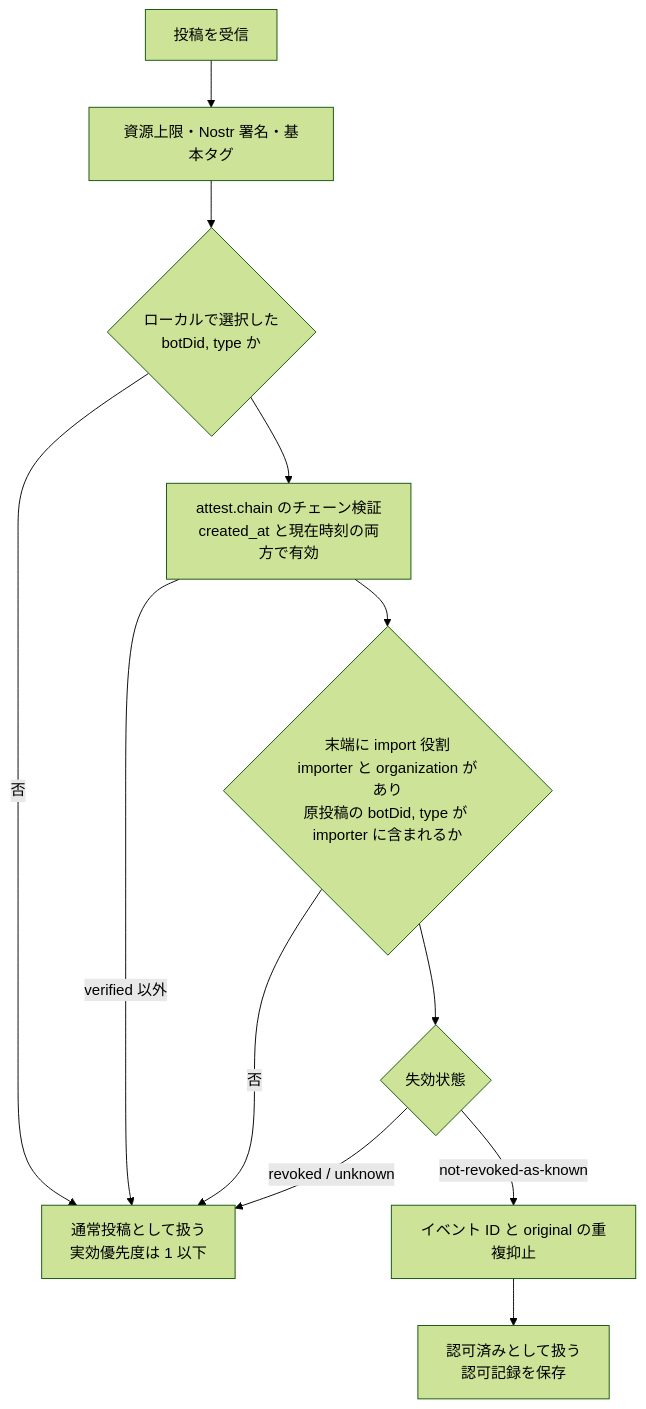
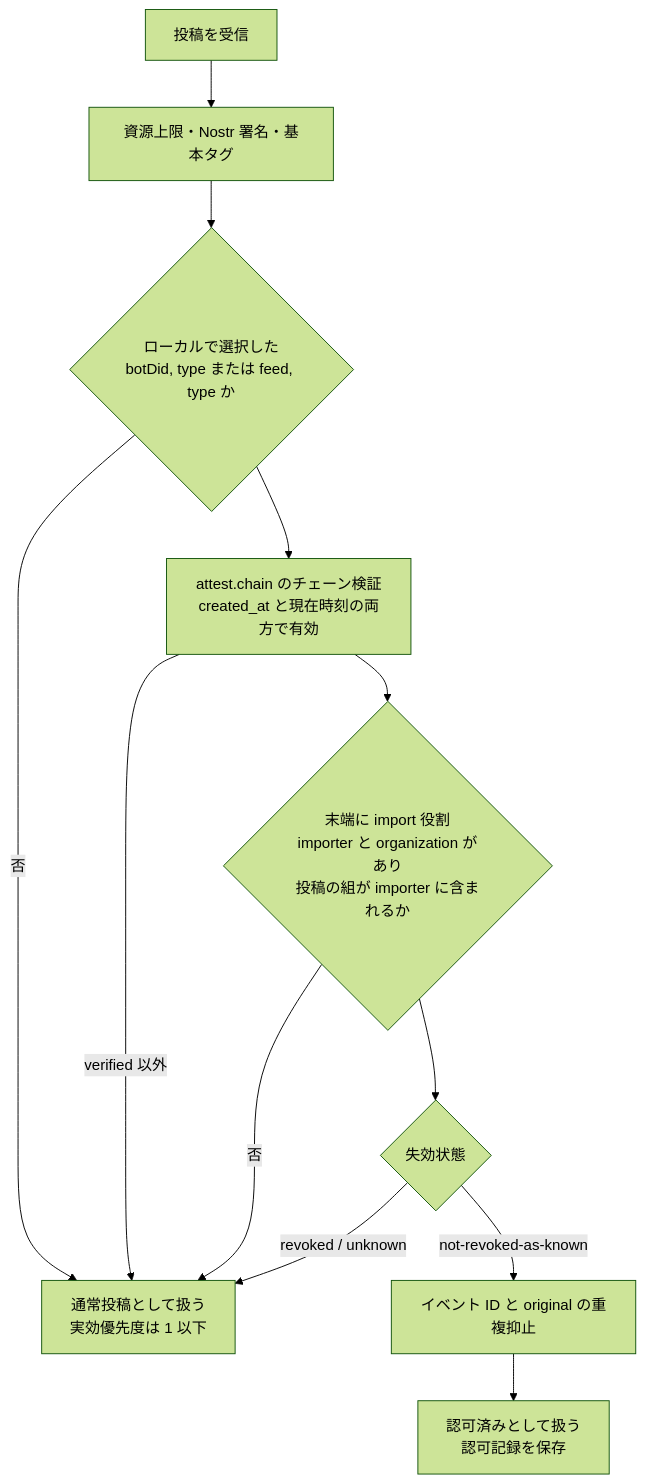
One commit to jphacks/sd_2607 changed the second of 2 diagrams in protocol/mosimo/attest/importer/README.md. Above: the diagram before and after it, drawn with Mermaid (forest theme). The commit also changed other lines of this file and 6 other files, not shown here.

````diff
--- a/protocol/mosimo/attest/importer/README.md
+++ b/protocol/mosimo/attest/importer/README.md
@@ -72,14 +95,14 @@
 ```mermaid
 flowchart TD
   e[投稿を受信] --> lim[資源上限・Nostr 署名・基本タグ]
-  lim --> sel{ローカルで選択した<br/>botDid, type か}
+  lim --> sel{ローカルで選択した<br/>botDid, type または feed, type か}
   sel -->|否| no[通常投稿として扱う<br/>実効優先度は 1 以下]
   sel --> ch[attest.chain のチェーン検証<br/>created_at と現在時刻の両方で有効]
   ch -->|verified 以外| no
-  ch --> role{末端に import 役割<br/>importer と organization があり<br/>原投稿の botDid, type が importer に含まれるか}
+  ch --> role{末端に import 役割<br/>importer と organization があり<br/>投稿の組が importer に含まれるか}
   role -->|否| no
   role --> rev{失効状態}
   rev -->|revoked / unknown| no
   rev -->|not-revoked-as-known| dedup[イベント ID と original の重複抑止]
   dedup --> go[認可済みとして扱う<br/>認可記録を保存]
 ```
````
